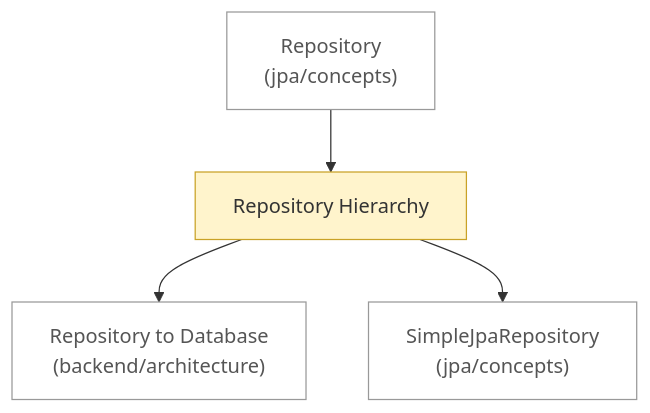
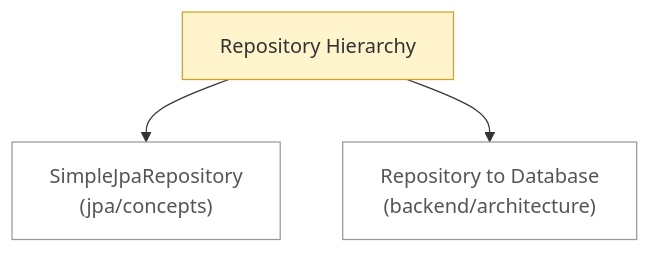
The diagram in notes/backend/spring/data/jpa/architecture/README.md (Pizza-Mozzarella/self-learning), drawn with Mermaid before and after one commit. The commit also changed other lines of this file and 13 other files, not shown here.

````diff
--- a/notes/backend/spring/data/jpa/architecture/README.md
+++ b/notes/backend/spring/data/jpa/architecture/README.md
@@ -6,14 +6,12 @@
 ```mermaid
 flowchart TD
     n0["Repository Hierarchy"]:::draft
     n1["Repository to Database<br/>(backend/architecture)"]:::ext
-    n2["Repository<br/>(jpa/concepts)"]:::ext
-    n3["SimpleJpaRepository<br/>(jpa/concepts)"]:::ext
+    n2["SimpleJpaRepository<br/>(jpa/concepts)"]:::ext
+    n0 --> n2
     n0 --> n1
-    n2 --> n0
-    n0 --> n3
     classDef stub fill:#eeeeee,stroke:#999999,stroke-dasharray:4 3,color:#555555
     classDef draft fill:#fff4cc,stroke:#c9a227,color:#333333
     classDef ok fill:#d8f0dc,stroke:#3a9d5d,color:#222222
     classDef ext fill:#ffffff,stroke:#999999,color:#555555
 ```
````
